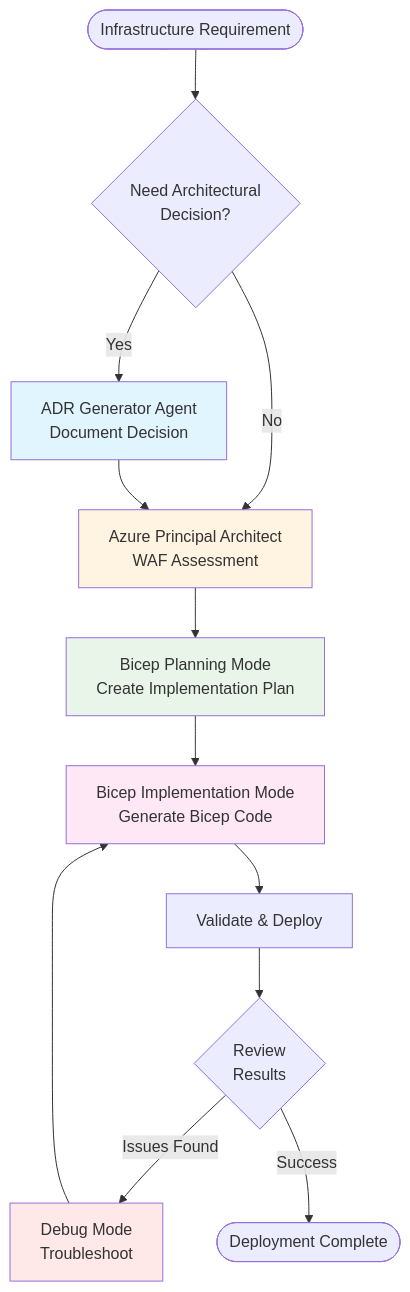
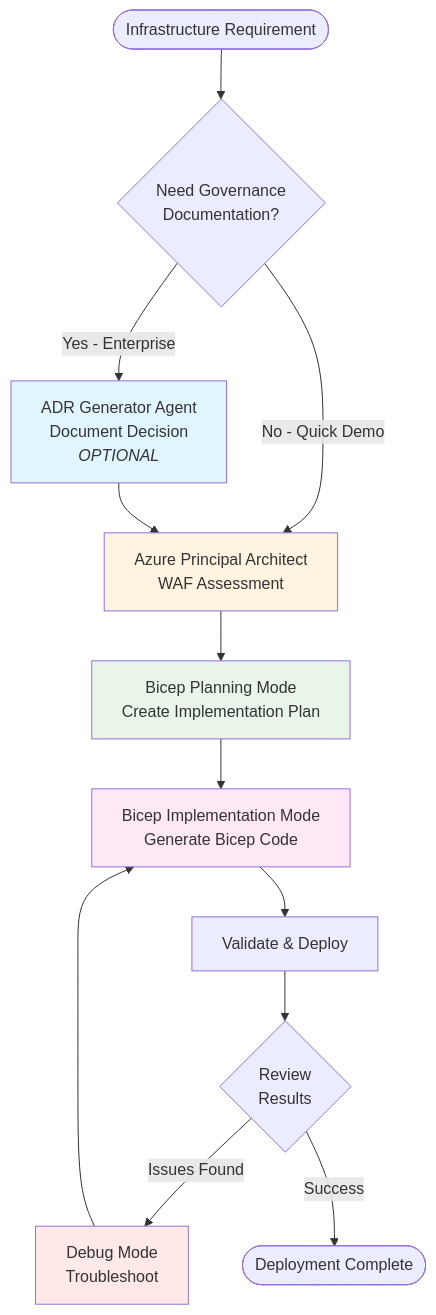
One commit to jonathan-vella/github-copilot-itpro changed the first of 2 diagrams in resources/copilot-customizations/FOUR-MODE-WORKFLOW.md. Above: the diagram before and after it, drawn with Mermaid. The commit also changed other lines of this file and 4 other files, not shown here.

Commit message:
feat: Update documentation to clarify the optional nature of the ADR Generator agent for enterprise governance in various workflow resources

````diff
--- a/resources/copilot-customizations/FOUR-MODE-WORKFLOW.md
+++ b/resources/copilot-customizations/FOUR-MODE-WORKFLOW.md
@@ -21,28 +23,28 @@
 ```mermaid
 graph TB
-    Start([Infrastructure Requirement]) --> Decision{Need Architectural<br/>Decision?}
+    Start([Infrastructure Requirement]) --> Decision{Need Governance<br/>Documentation?}
     
-    Decision -->|Yes| ADR[ADR Generator Agent<br/>Document Decision]
-    Decision -->|No| Arch
+    Decision -->|Yes - Enterprise| ADR[ADR Generator Agent<br/>Document Decision<br/><i>OPTIONAL</i>]
+    Decision -->|No - Quick Demo| Arch
     
     ADR --> Arch[Azure Principal Architect<br/>WAF Assessment]
     
     Arch --> Plan[Bicep Planning Mode<br/>Create Implementation Plan]
     
     Plan --> Implement[Bicep Implementation Mode<br/>Generate Bicep Code]
     
     Implement --> Validate[Validate & Deploy]
     
     Validate --> Review{Review<br/>Results}
     
     Review -->|Issues Found| Debug[Debug Mode<br/>Troubleshoot]
     Debug --> Implement
     
     Review -->|Success| Complete([Deployment Complete])
     
     style ADR fill:#e1f5ff
     style Arch fill:#fff4e1
     style Plan fill:#e8f5e8
     style Implement fill:#ffe8f5
     style Debug fill:#ffe8e8
 ```
````
